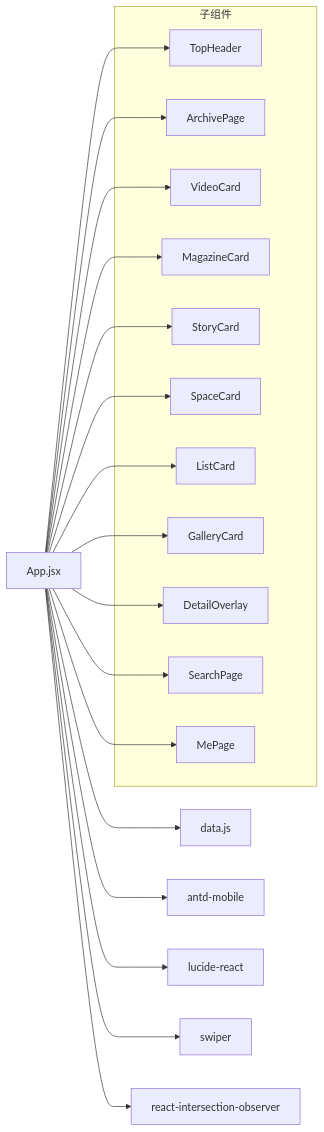
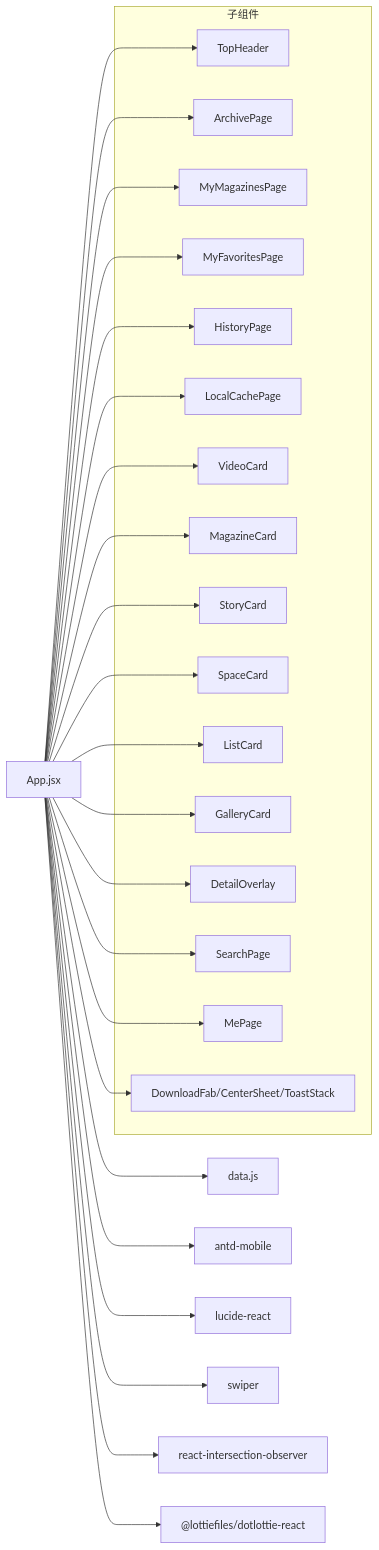
The third of 5 diagrams in .qoder/repowiki/zh/content/核心组件系统/核心组件系统.md (billye220670/newSquare), drawn with Mermaid before and after one commit. The commit also changed other lines of this file and 14 other files, not shown here.

````diff
--- a/.qoder/repowiki/zh/content/核心组件系统/核心组件系统.md
+++ b/.qoder/repowiki/zh/content/核心组件系统/核心组件系统.md
@@ -267,32 +363,43 @@
 ```mermaid
 graph LR
 App["App.jsx"] --> Data["data.js"]
 App --> AM["antd-mobile"]
 App --> Icons["lucide-react"]
 App --> Swp["swiper"]
 App --> IO["react-intersection-observer"]
+App --> Lottie["@lottiefiles/dotlottie-react"]
 subgraph "子组件"
 TH["TopHeader"]
 AP["ArchivePage"]
+MP["MyMagazinesPage"]
+FP["MyFavoritesPage"]
+HP["HistoryPage"]
+CP["LocalCachePage"]
 VC["VideoCard"]
 MC["MagazineCard"]
 SC["StoryCard"]
 SpC["SpaceCard"]
 LC["ListCard"]
 GC["GalleryCard"]
 DP["DetailOverlay"]
 SP["SearchPage"]
-MP["MePage"]
+ME["MePage"]
+DL["DownloadFab/CenterSheet/ToastStack"]
 end
 App --> TH
 App --> AP
+App --> MP
+App --> FP
+App --> HP
+App --> CP
 App --> VC
 App --> MC
 App --> SC
 App --> SpC
 App --> LC
 App --> GC
 App --> DP
 App --> SP
-App --> MP
+App --> ME
+App --> DL
 ```
````
